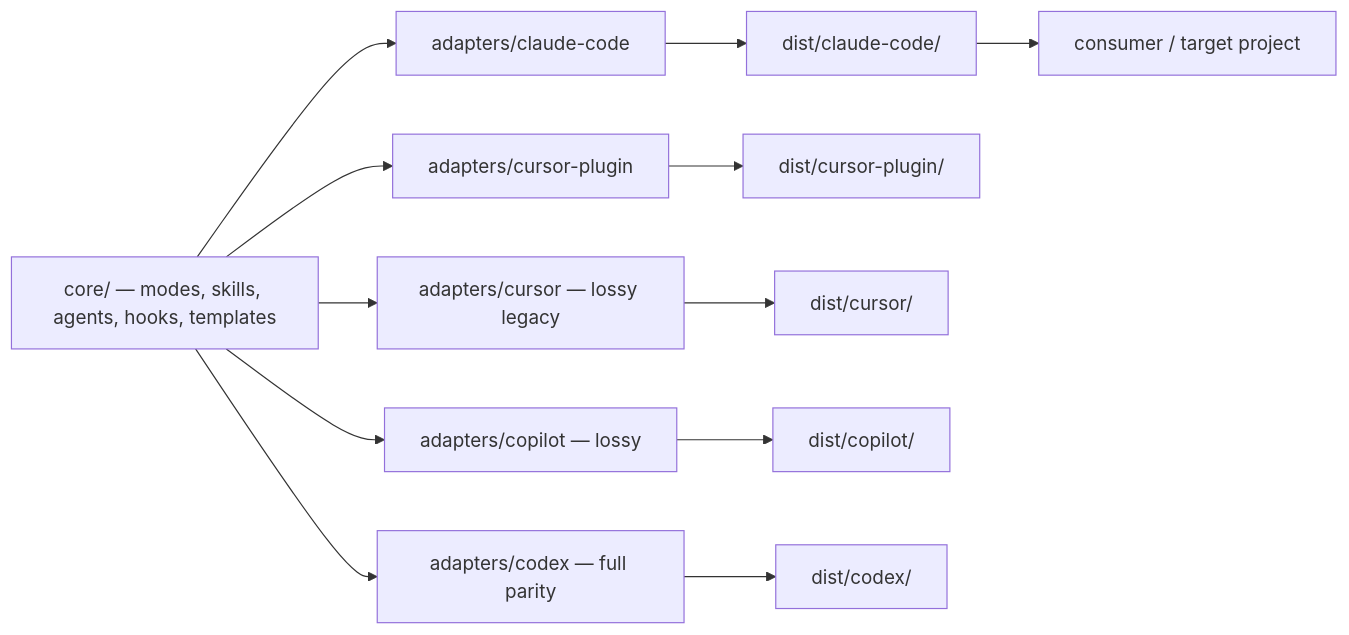
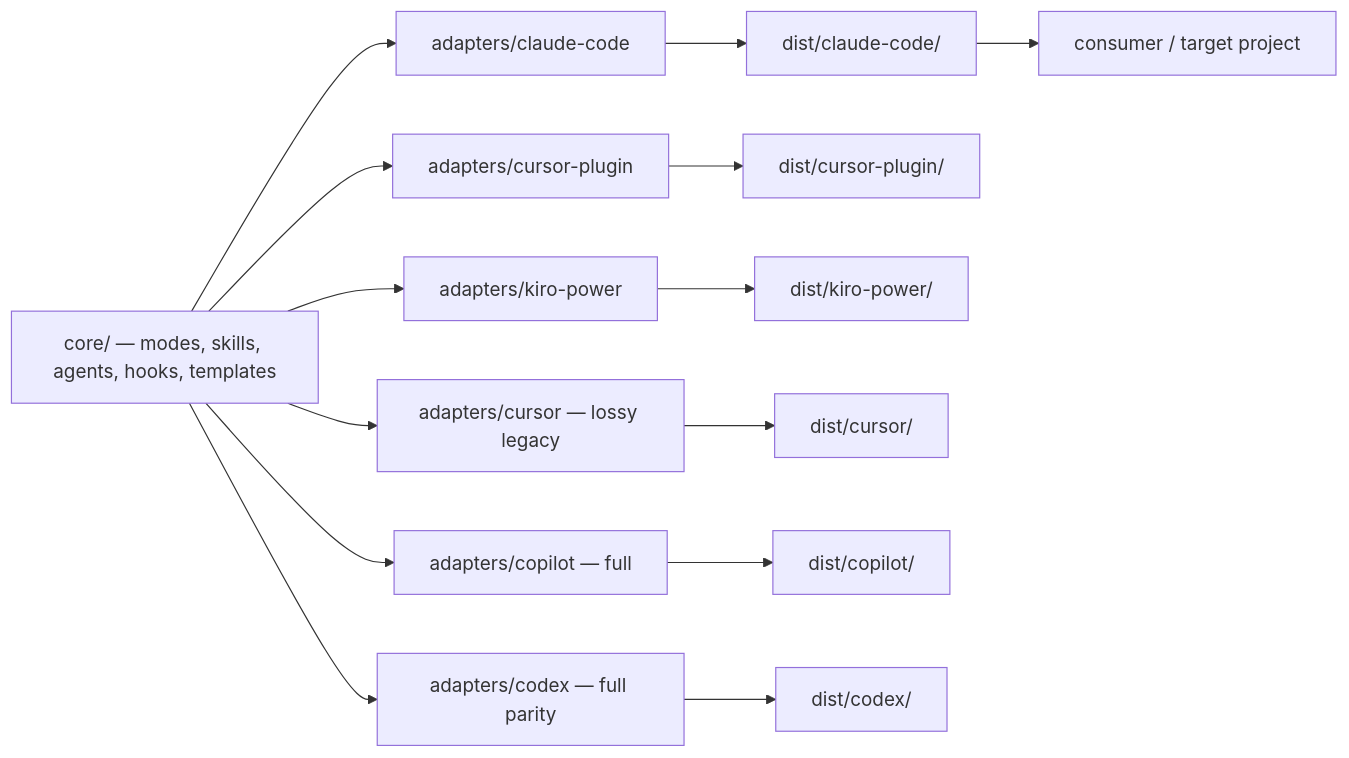
The diagram in CLAUDE.md (chetansharmapsi/pai-orbit), drawn with Mermaid before and after one commit. The commit also changed other lines of this file, not shown here.

````diff
--- a/CLAUDE.md
+++ b/CLAUDE.md
@@ -70,14 +71,16 @@
 ```mermaid
 graph LR
     core[core/ — modes, skills, agents, hooks, templates] --> claudecode[adapters/claude-code]
     core --> cursorplugin[adapters/cursor-plugin]
+    core --> kiropower[adapters/kiro-power]
     core --> cursor[adapters/cursor — lossy legacy]
-    core --> copilot[adapters/copilot — lossy]
+    core --> copilot[adapters/copilot — full]
     core --> codex[adapters/codex — full parity]
     claudecode --> distcc[dist/claude-code/]
     cursorplugin --> distcp[dist/cursor-plugin/]
+    kiropower --> distkp[dist/kiro-power/]
     cursor --> distc[dist/cursor/]
     copilot --> distco[dist/copilot/]
     codex --> distcx[dist/codex/]
     distcc --> consumer[consumer / target project]
 ```
````
